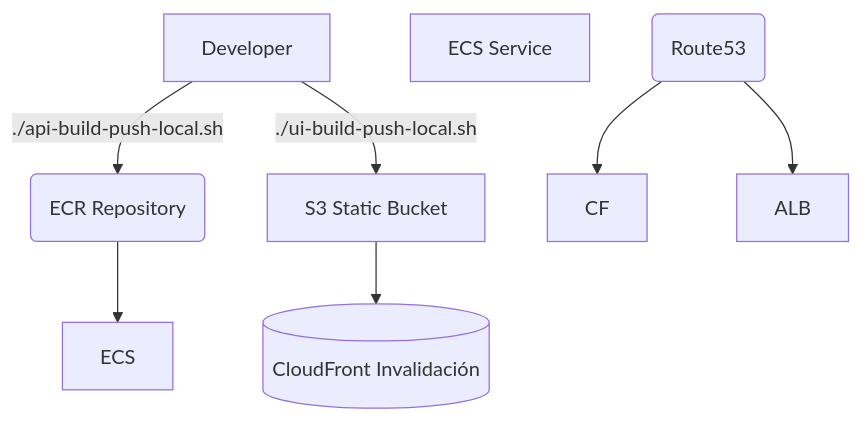
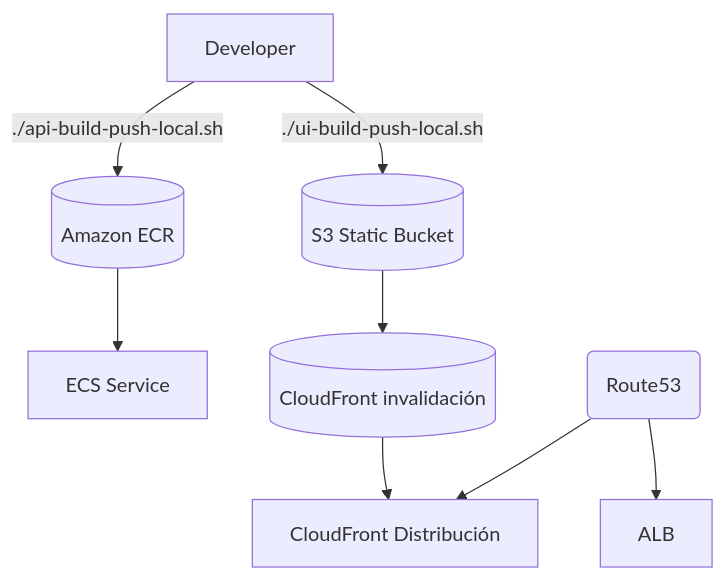
One commit to jfuentesve/hl-demo changed the second of 2 diagrams in README.md. Above: the diagram before and after it, drawn with Mermaid. The commit also changed other lines of this file, not shown here.

Commit message:
fixing error on  README

````diff
--- a/README.md
+++ b/README.md
@@ -30,10 +30,10 @@
 ```mermaid
 flowchart TD
-    Dev[Developer] -->|./api-build-push-local.sh| ECR(ECR Repository)
-    Dev -->|./ui-build-push-local.sh| S3Static[S3 Static Bucket]
-    ECR --> ECS
-ecs[ECS Service]
-    S3Static --> CFInvalidation[(CloudFront Invalidación)]
-    Route53(Route53) --> CF
+    Dev[Developer] -->|./api-build-push-local.sh| ECR[(Amazon ECR)]
+    Dev -->|./ui-build-push-local.sh| S3Static[(S3 Static Bucket)]
+    ECR --> ECSService[ECS Service]
+    S3Static --> CFInvalidation[(CloudFront invalidación)]
+    CFInvalidation --> CFDeploy[CloudFront Distribución]
+    Route53(Route53) --> CFDeploy
     Route53 --> ALB
 ```
````
